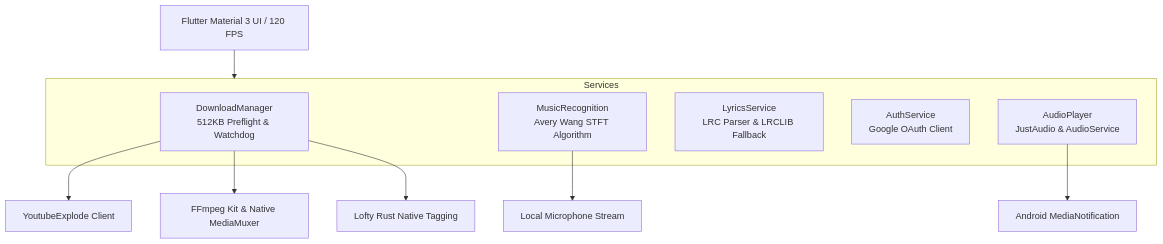
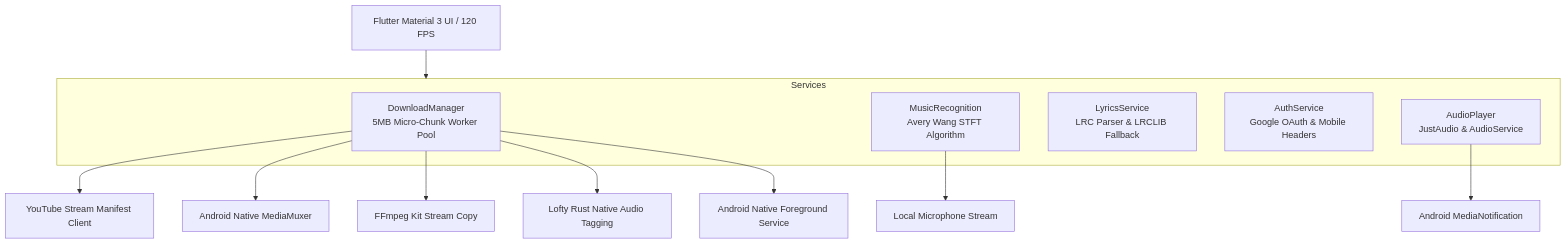
The diagram in README.md (AllLiveSupport/YTDx-Android), drawn with Mermaid before and after one commit. The commit also changed other lines of this file and 22 other files, not shown here.

Commit message:
feat: initial open-source release with 8K micro-chunk engine

````diff
--- a/README.md
+++ b/README.md
@@ -120,18 +78,20 @@
 ```mermaid
 flowchart TD
     UI[Flutter Material 3 UI / 120 FPS] --> Services[Service Layer]
     
     subgraph Services
-        DM[DownloadManager<br/>512KB Preflight & Watchdog]
+        DM[DownloadManager<br/>5MB Micro-Chunk Worker Pool]
         SR[MusicRecognition<br/>Avery Wang STFT Algorithm]
         LS[LyricsService<br/>LRC Parser & LRCLIB Fallback]
-        AS[AuthService<br/>Google OAuth Client]
+        AS[AuthService<br/>Google OAuth & Mobile Headers]
         AP[AudioPlayer<br/>JustAudio & AudioService]
     end
     
-    DM --> YT[YoutubeExplode Client]
-    DM --> FF[FFmpeg Kit & Native MediaMuxer]
-    DM --> LT[Lofty Rust Native Tagging]
+    DM --> YT[YouTube Stream Manifest Client]
+    DM --> NMM[Android Native MediaMuxer]
+    DM --> FF[FFmpeg Kit Stream Copy]
+    DM --> LT[Lofty Rust Native Audio Tagging]
+    DM --> FS[Android Native Foreground Service]
     SR --> MIC[Local Microphone Stream]
     AP --> NOTIF[Android MediaNotification]
 ```
````
